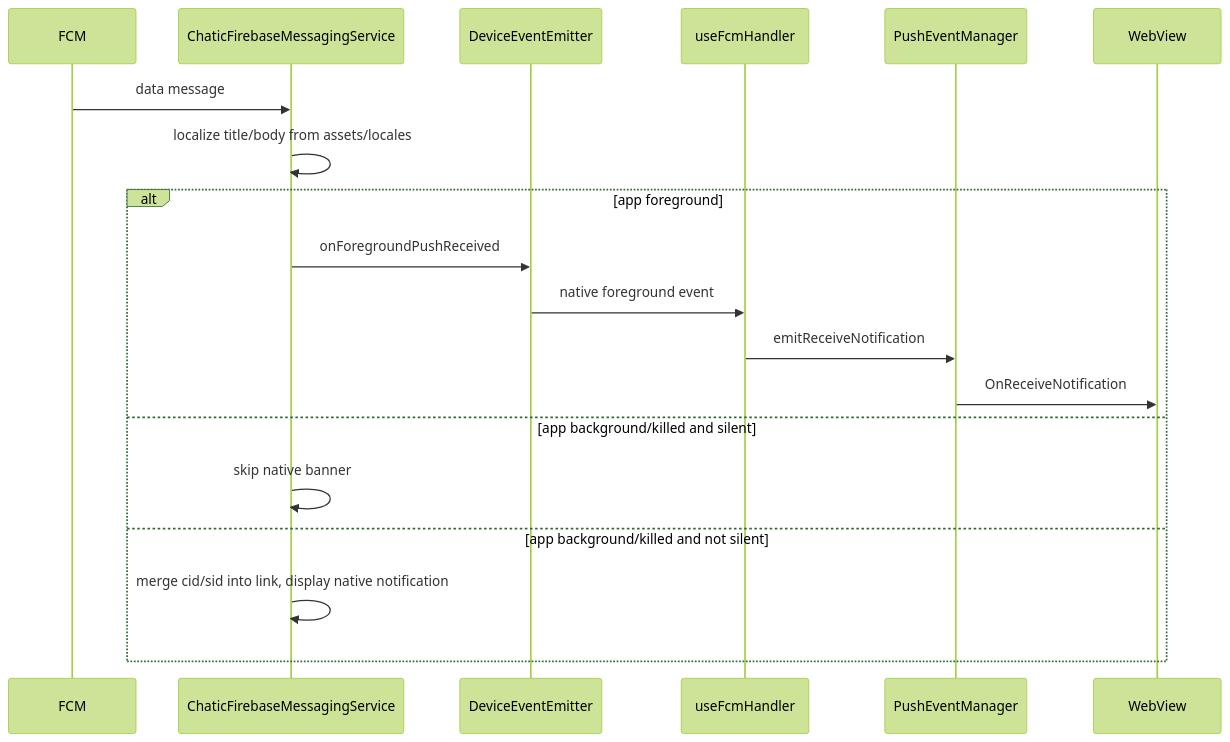
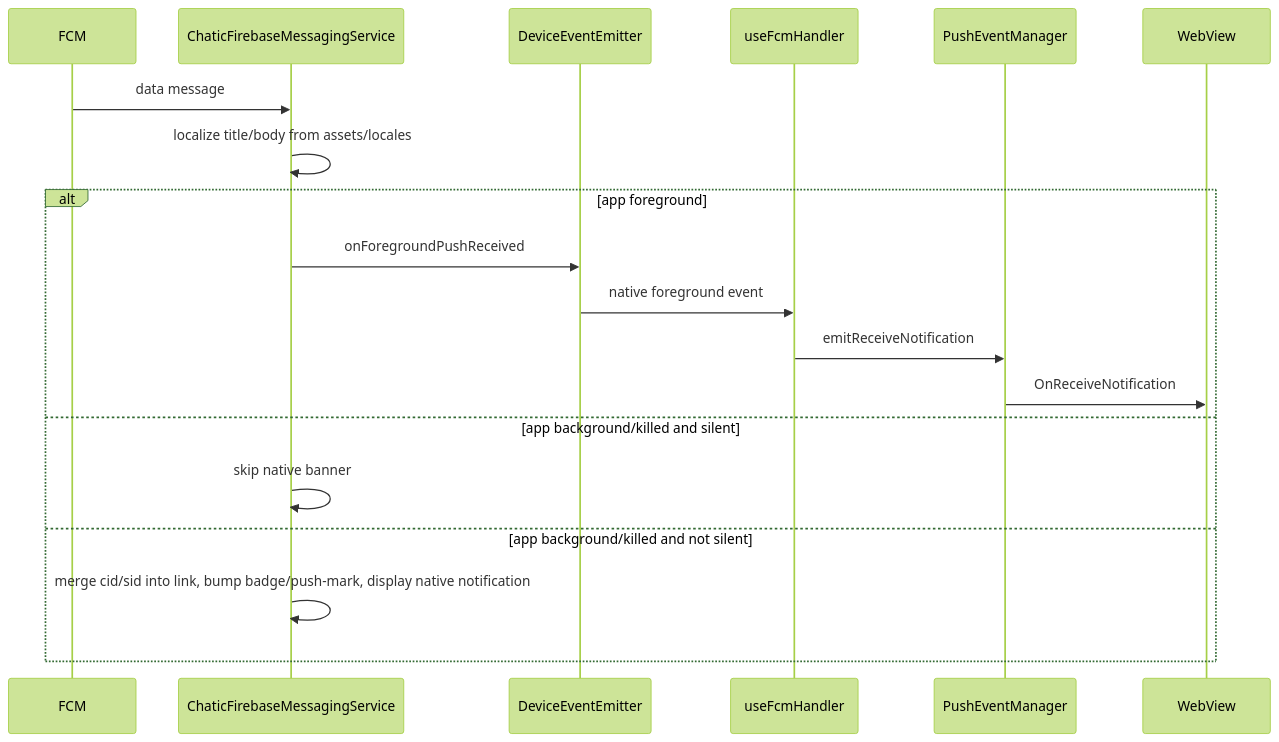
The second of 4 diagrams in apps/mobile/docs/push.md (lemoncloud-io/dou-app), drawn with Mermaid (forest theme) before and after one commit. The commit also changed other lines of this file, not shown here.

First line of the commit message:
docs(mobile): rewrite the push doc in english

````diff
--- a/apps/mobile/docs/push.md
+++ b/apps/mobile/docs/push.md
@@ -75,22 +83,22 @@
 ```mermaid
 sequenceDiagram
     participant FCM as FCM
     participant Native as ChaticFirebaseMessagingService
     participant JS as DeviceEventEmitter
     participant Handler as useFcmHandler
     participant Broker as PushEventManager
     participant Web as WebView
 
     FCM->>Native: data message
     Native->>Native: localize title/body from assets/locales
     alt app foreground
         Native->>JS: onForegroundPushReceived
         JS->>Handler: native foreground event
         Handler->>Broker: emitReceiveNotification
         Broker->>Web: OnReceiveNotification
     else app background/killed and silent
         Native->>Native: skip native banner
     else app background/killed and not silent
-        Native->>Native: merge cid/sid into link, display native notification
+        Native->>Native: merge cid/sid into link, bump badge/push-mark, display native notification
     end
 ```
````
